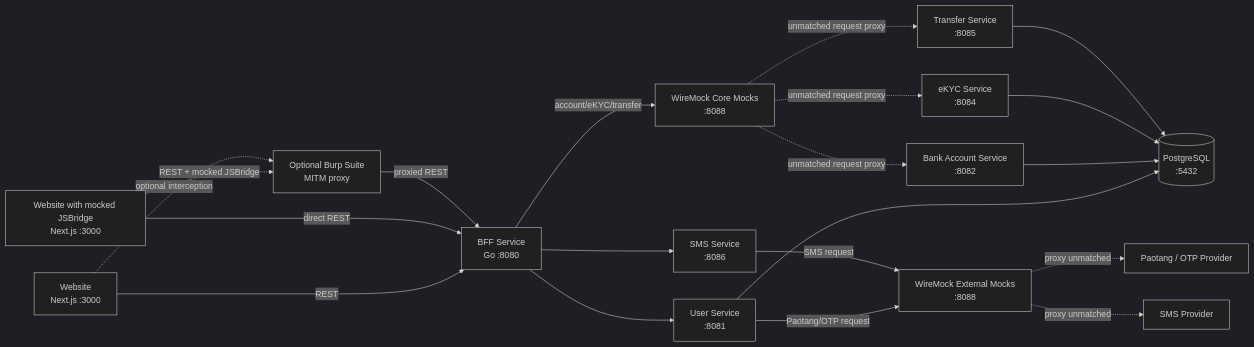
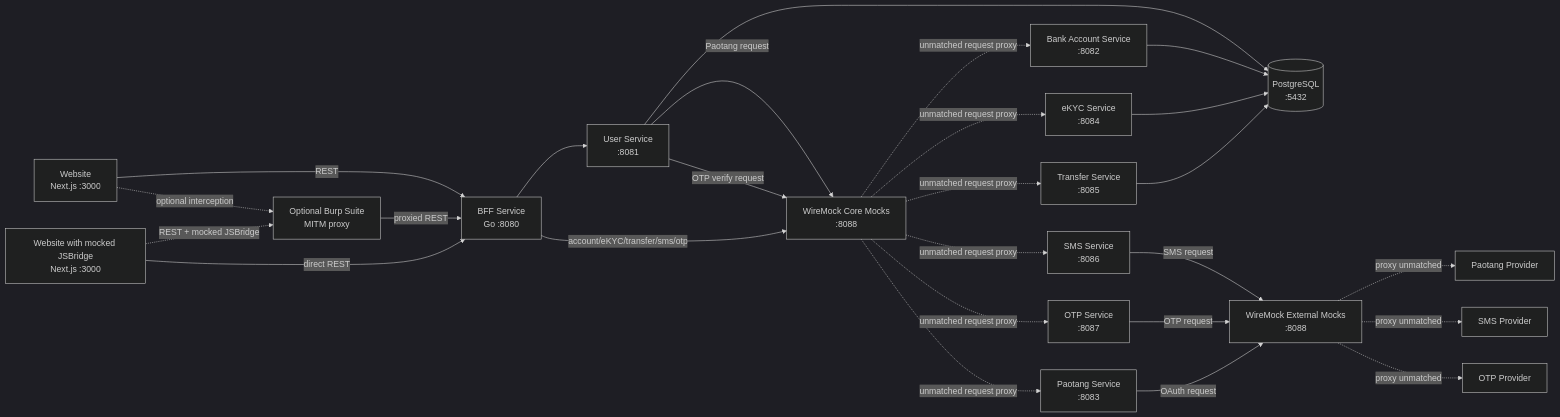
The second of 3 diagrams in SYSTEM-ARCHITECTURE.md (SiwakornSitti/ultra-smoooooth-testing), drawn with Mermaid (dark theme) before and after one commit. The commit also changed other lines of this file and 37 other files, not shown here.

Commit message:
feat: add standalone otp-service and paotang-service core microservices with WireMock proxy integration and topology docs

````diff
--- a/SYSTEM-ARCHITECTURE.md
+++ b/SYSTEM-ARCHITECTURE.md
@@ -12,42 +62,51 @@
 ```mermaid
 flowchart LR
     Browser[Website\nNext.js :3000]
     BridgeWebsite[Website with mocked JSBridge\nNext.js :3000]
     Burp[Optional Burp Suite\nMITM proxy]
     BFF[BFF Service\nGo :8080]
 
     User[User Service\n:8081]
     Account[Bank Account Service\n:8082]
     EKYC[eKYC Service\n:8084]
     Transfer[Transfer Service\n:8085]
     SMS[SMS Service\n:8086]
+    OTP[OTP Service\n:8087]
+    PaotangSvc[Paotang Service\n:8083]
 
     DB[(PostgreSQL\n:5432)]
     MockCore[WireMock Core Mocks\n:8088]
     MockExternal[WireMock External Mocks\n:8088]
-    AuthProvider[Paotang / OTP Provider]
+    PaotangProvider[Paotang Provider]
+    OTPProvider[OTP Provider]
     SMSProvider[SMS Provider]
 
     Browser -->|REST| BFF
     BridgeWebsite -.->|REST + mocked JSBridge| Burp
     BridgeWebsite -->|direct REST| BFF
     Burp -->|proxied REST| BFF
     Browser -.->|optional interception| Burp
 
     BFF --> User
-    BFF -->|account/eKYC/transfer| MockCore
-    BFF --> SMS
+    BFF -->|account/eKYC/transfer/sms/otp| MockCore
 
     MockCore -.->|unmatched request proxy| Account
     MockCore -.->|unmatched request proxy| EKYC
     MockCore -.->|unmatched request proxy| Transfer
+    MockCore -.->|unmatched request proxy| SMS
+    MockCore -.->|unmatched request proxy| OTP
+    MockCore -.->|unmatched request proxy| PaotangSvc
 
     User --> DB
     Account --> DB
     EKYC --> DB
     Transfer --> DB
-    User -->|Paotang/OTP request| MockExternal
-    MockExternal -.->|proxy unmatched| AuthProvider
+    User -->|Paotang request| MockCore
+    User -->|OTP verify request| MockCore
+    PaotangSvc -->|OAuth request| MockExternal
     SMS -->|SMS request| MockExternal
+    OTP -->|OTP request| MockExternal
+    MockExternal -.->|proxy unmatched| PaotangProvider
     MockExternal -.->|proxy unmatched| SMSProvider
+    MockExternal -.->|proxy unmatched| OTPProvider
 ```
````
